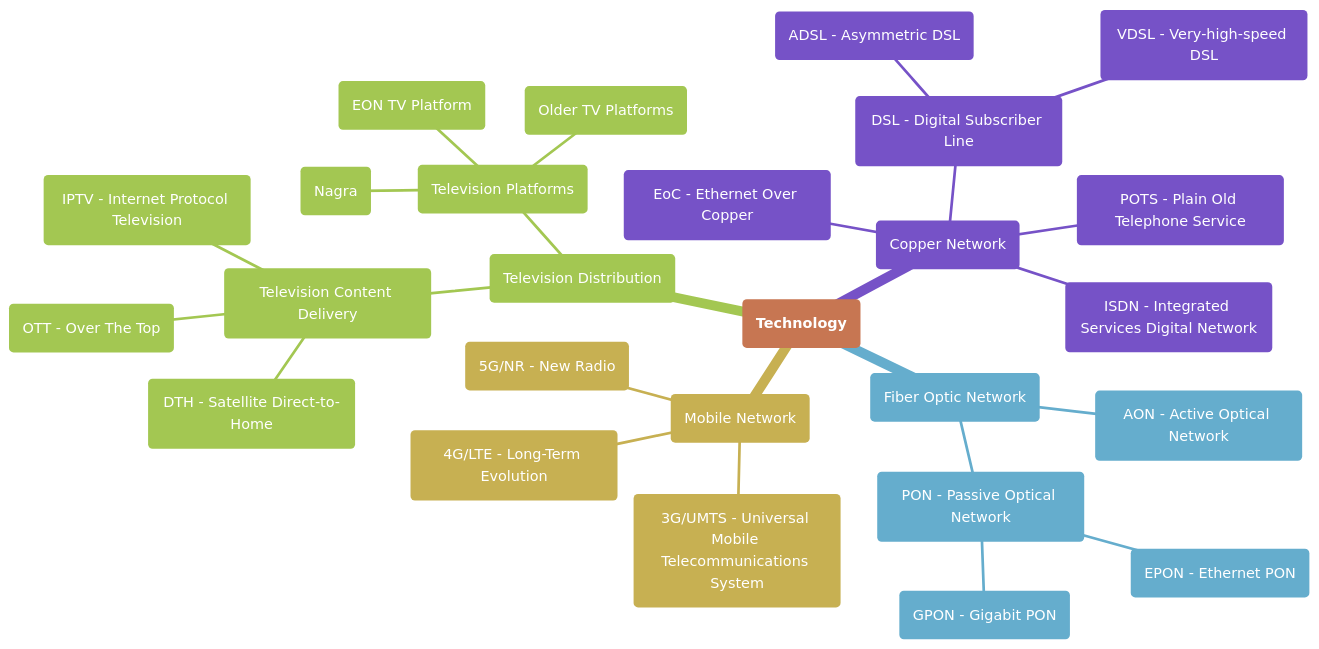
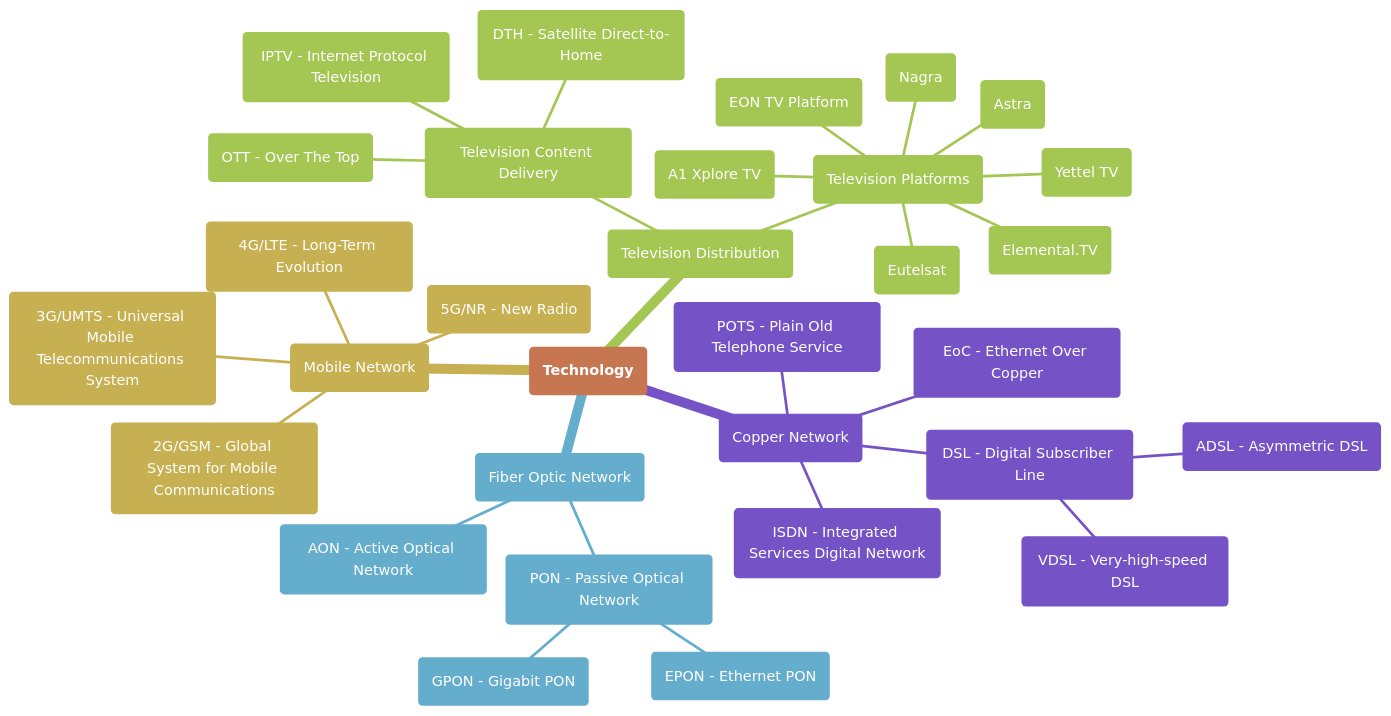
The first of 5 diagrams in docs/mindmaps.md (philip-mohsen/telecom), drawn with Mermaid before and after one commit. The commit also changed other lines of this file, not shown here.

````diff
--- a/docs/mindmaps.md
+++ b/docs/mindmaps.md
@@ -14,40 +15,44 @@
 ```mermaid
 %%{
     init:{
         "theme": "base",
         "themeVariables": {
             "primaryColor": "#e6c2b2",
             "primaryTextColor": "#fff",
             "fontFamily": 'Roboto,sans-serif'
         }
     }
 }%%
 mindmap
 (**Technology**)
     (Copper Network)
-
         (POTS - Plain Old Telephone Service)
         (DSL - Digital Subscriber Line)
             (ADSL - Asymmetric DSL)
             (VDSL - Very-high-speed DSL)
         (ISDN - Integrated Services Digital Network)
         (EoC - Ethernet Over Copper)
     (Fiber Optic Network)
         (AON - Active Optical Network)
         (PON - Passive Optical Network)
             (EPON - Ethernet PON)
             (GPON - Gigabit PON)
     (Mobile Network)
+        (2G/GSM - Global System for Mobile Communications)
         (3G/UMTS - Universal Mobile Telecommunications System)
         (4G/LTE - Long-Term Evolution)
         (5G/NR - New Radio)
     (Television Distribution)
         (Television Content Delivery)
             (IPTV - Internet Protocol Television)
             (DTH - Satellite Direct-to-Home)
             (OTT - Over The Top)
         (Television Platforms)
             (EON TV Platform)
+            (A1 Xplore TV)
+            (Yettel TV)
             (Nagra)
-            (Older TV Platforms)
+            (Elemental.TV)
+            (Astra)
+            (Eutelsat)
 ```
````
